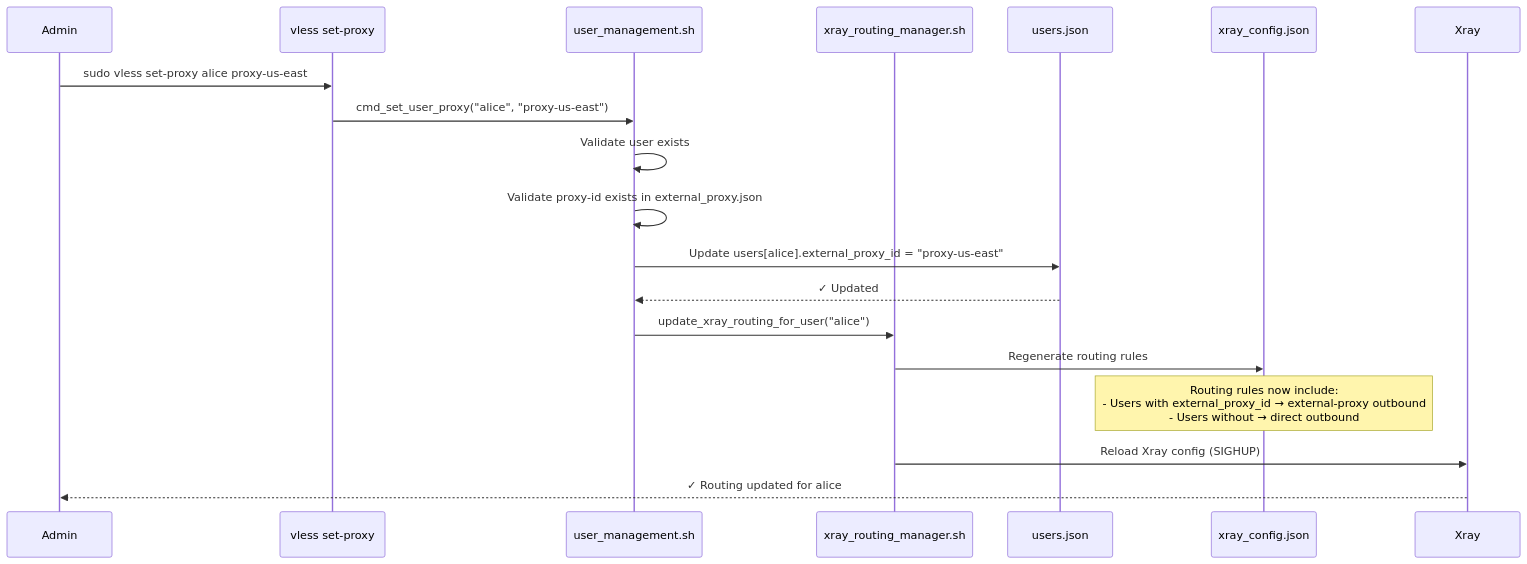
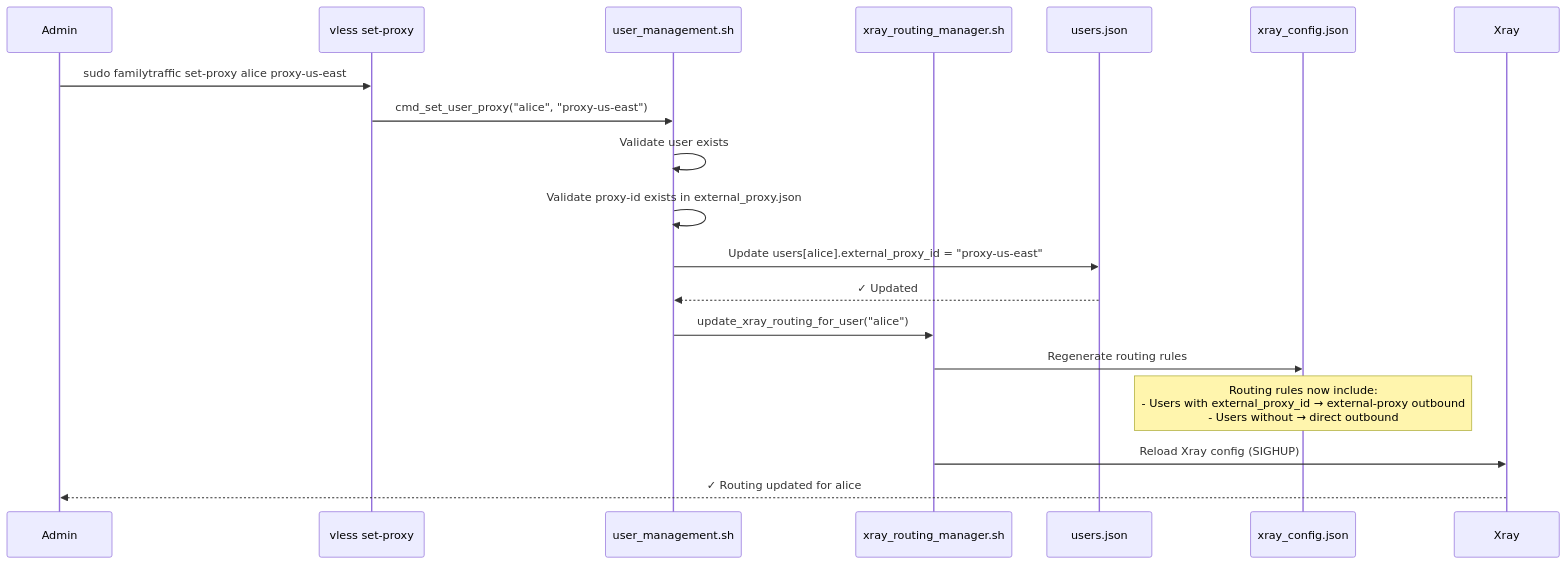
One commit to ikeniborn/vless changed the third of 7 diagrams in docs/architecture/diagrams/data-flows/external-proxy-flow.md. Above: the diagram before and after it, drawn with Mermaid. The commit also changed other lines of this file and 66 other files, not shown here.

First line of the commit message:
refactor(rename): replace old project name 'vless' with 'familytraffic'

````diff
--- a/docs/architecture/diagrams/data-flows/external-proxy-flow.md
+++ b/docs/architecture/diagrams/data-flows/external-proxy-flow.md
@@ -135,27 +135,27 @@
 ```mermaid
 sequenceDiagram
     participant Admin
     participant CLI as vless set-proxy
     participant UserMgmt as user_management.sh
     participant XrayMgr as xray_routing_manager.sh
     participant UsersDB as users.json
     participant XrayConfig as xray_config.json
     participant Xray
 
-    Admin->>CLI: sudo vless set-proxy alice proxy-us-east
+    Admin->>CLI: sudo familytraffic set-proxy alice proxy-us-east
 
     CLI->>UserMgmt: cmd_set_user_proxy("alice", "proxy-us-east")
     UserMgmt->>UserMgmt: Validate user exists
     UserMgmt->>UserMgmt: Validate proxy-id exists in external_proxy.json
 
     UserMgmt->>UsersDB: Update users[alice].external_proxy_id = "proxy-us-east"
     UsersDB-->>UserMgmt: ✓ Updated
 
     UserMgmt->>XrayMgr: update_xray_routing_for_user("alice")
     XrayMgr->>XrayConfig: Regenerate routing rules
 
     Note over XrayConfig: Routing rules now include:<br/>- Users with external_proxy_id → external-proxy outbound<br/>- Users without → direct outbound
 
     XrayMgr->>Xray: Reload Xray config (SIGHUP)
     Xray-->>Admin: ✓ Routing updated for alice
 ```
````
